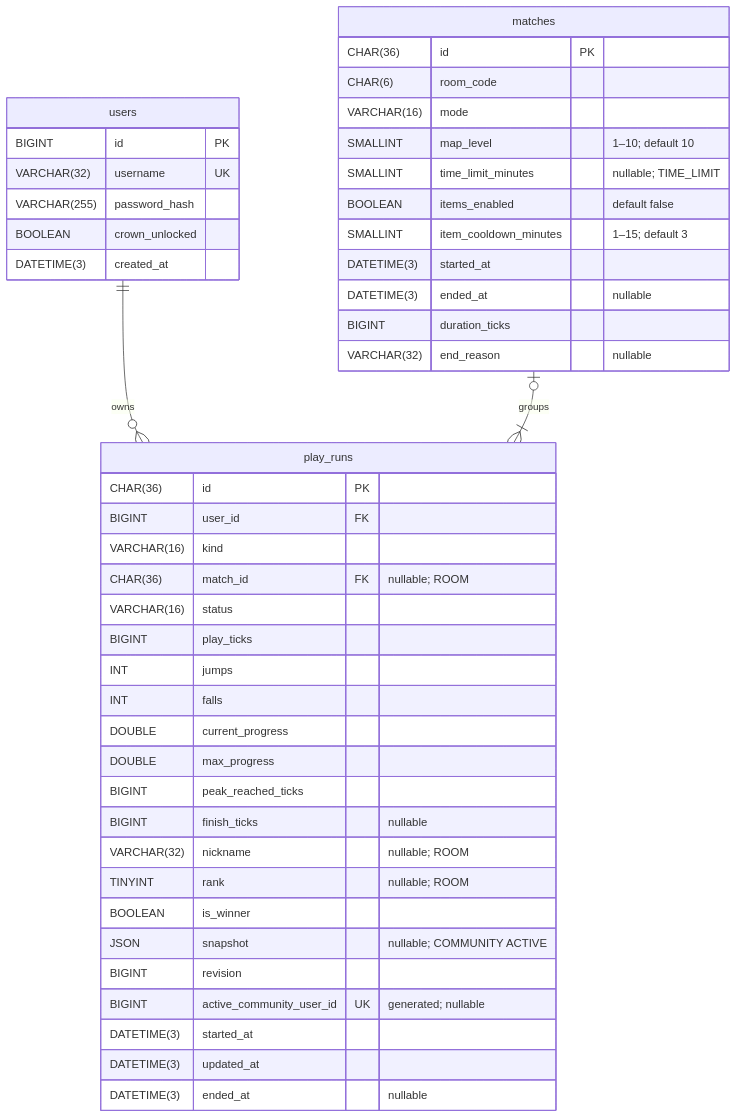
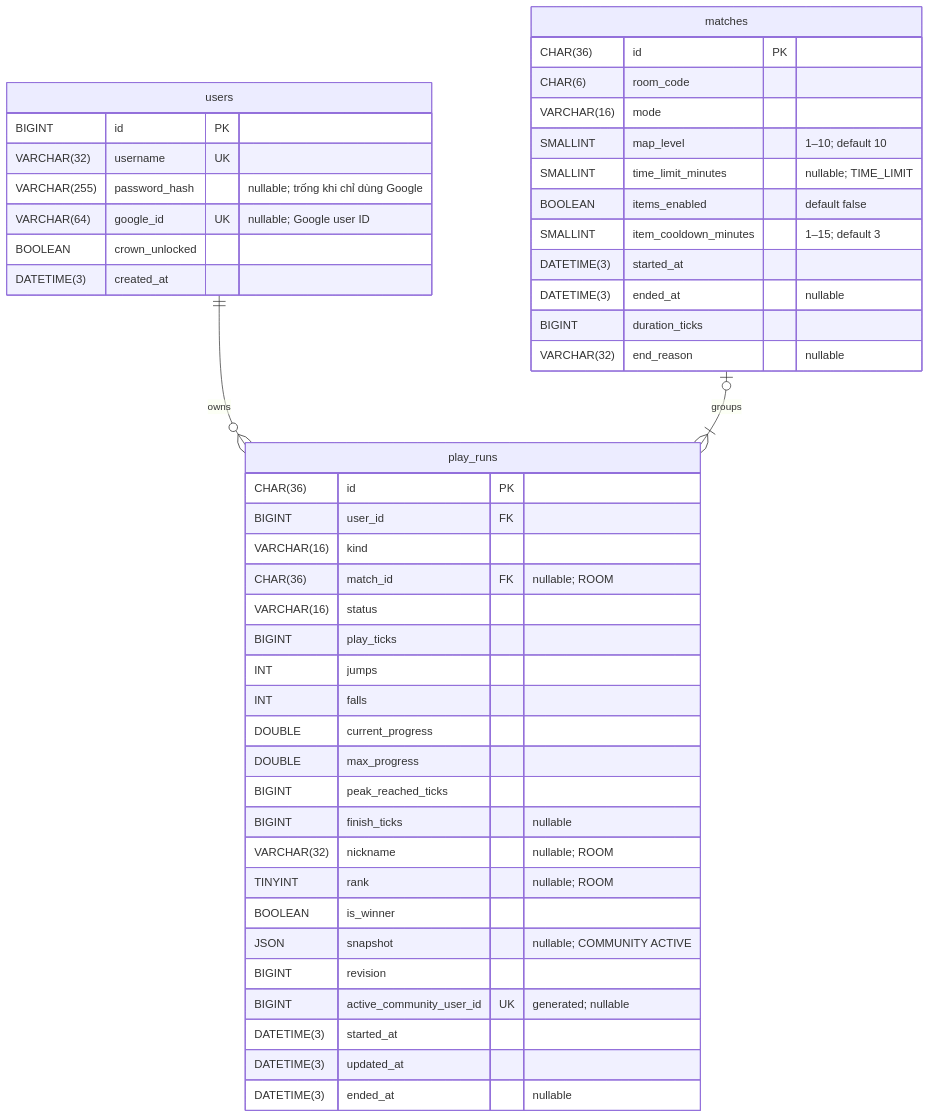
One commit to nvbangg/JumKing-Multiplayer changed the diagram in docs/data.md. Above: the diagram before and after it, drawn with Mermaid. The commit also changed other lines of this file and 29 other files, not shown here.

````diff
--- a/docs/data.md
+++ b/docs/data.md
@@ -13,48 +13,49 @@
 ```mermaid
 erDiagram
     users ||--o{ play_runs : owns
     matches o|--|{ play_runs : groups
     users {
         BIGINT id PK
         VARCHAR(32) username UK
-        VARCHAR(255) password_hash
+        VARCHAR(255) password_hash "nullable; trống khi chỉ dùng Google"
+        VARCHAR(64) google_id UK "nullable; Google user ID"
         BOOLEAN crown_unlocked
         DATETIME(3) created_at
     }
     play_runs {
         CHAR(36) id PK
         BIGINT user_id FK
         VARCHAR(16) kind
         CHAR(36) match_id FK "nullable; ROOM"
         VARCHAR(16) status
         BIGINT play_ticks
         INT jumps
         INT falls
         DOUBLE current_progress
         DOUBLE max_progress
         BIGINT peak_reached_ticks
         BIGINT finish_ticks "nullable"
         VARCHAR(32) nickname "nullable; ROOM"
         TINYINT rank "nullable; ROOM"
         BOOLEAN is_winner
         JSON snapshot "nullable; COMMUNITY ACTIVE"
         BIGINT revision
         BIGINT active_community_user_id UK "generated; nullable"
         DATETIME(3) started_at
         DATETIME(3) updated_at
         DATETIME(3) ended_at "nullable"
     }
     matches {
         CHAR(36) id PK
         CHAR(6) room_code
         VARCHAR(16) mode
         SMALLINT map_level "1–10; default 10"
         SMALLINT time_limit_minutes "nullable; TIME_LIMIT"
         BOOLEAN items_enabled "default false"
         SMALLINT item_cooldown_minutes "1–15; default 3"
         DATETIME(3) started_at
         DATETIME(3) ended_at "nullable"
         BIGINT duration_ticks
         VARCHAR(32) end_reason "nullable"
     }
 ```
````
